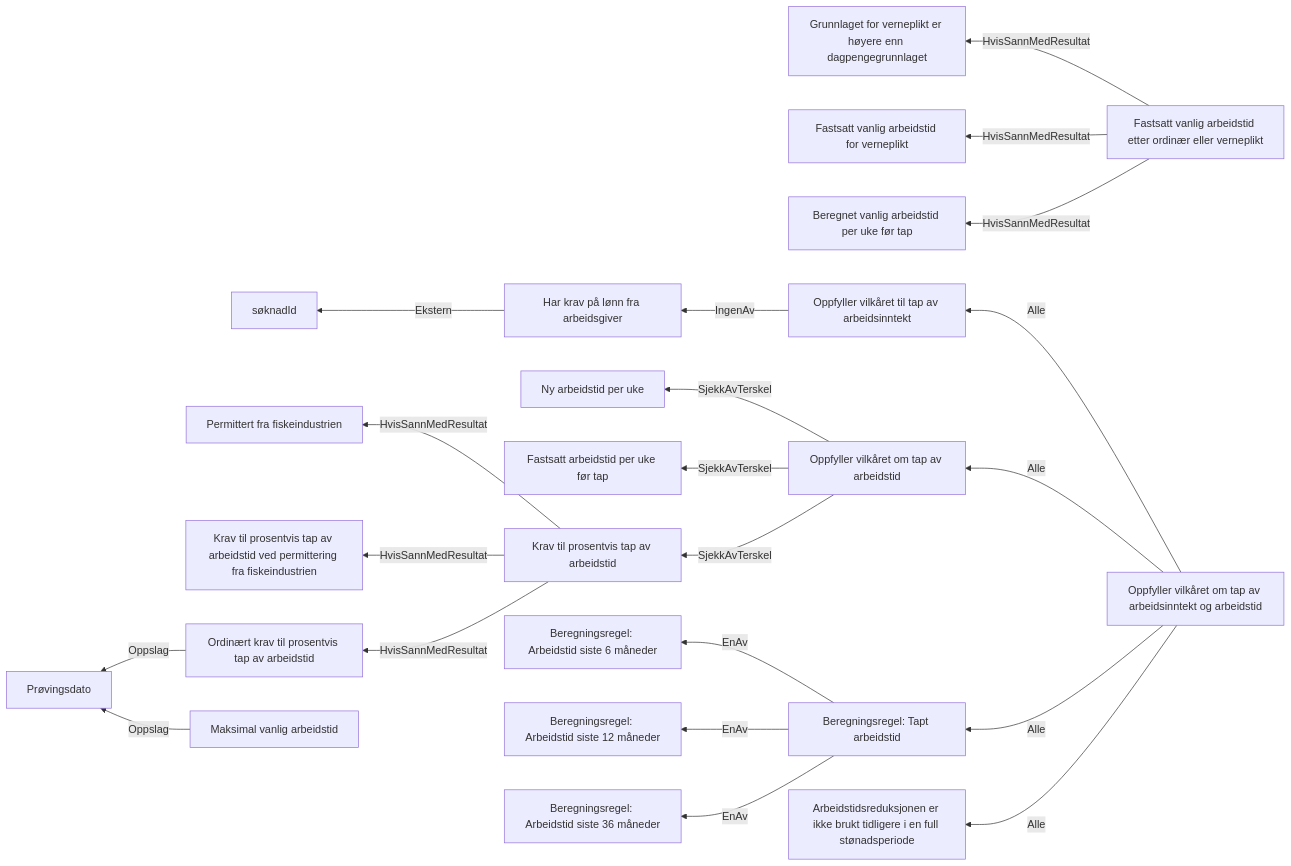
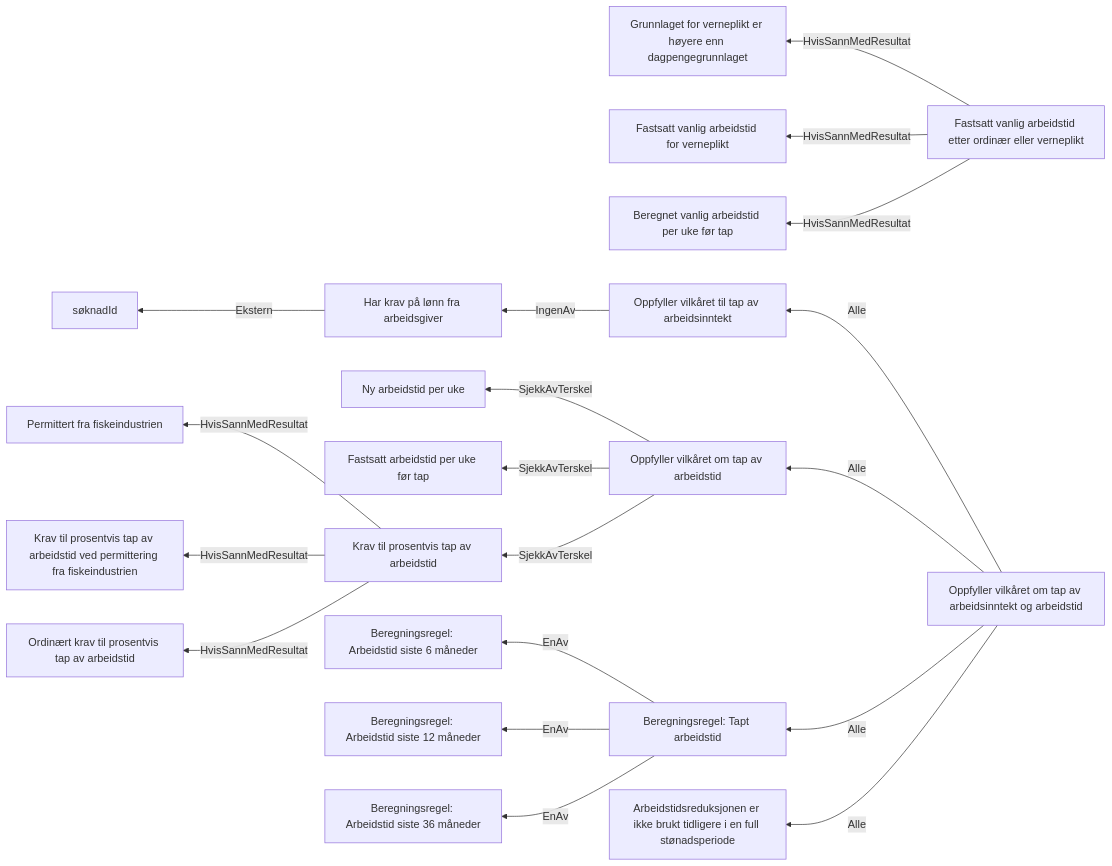
Before and after one commit to navikt/dp-behandling: the diagram in docs/regler/§ 4-3. Tap av arbeidsinntekt og arbeidstid.approved.md, drawn with Mermaid. The commit also changed 39 other files, not shown here.

````diff
--- a/docs/regler/§ 4-3. Tap av arbeidsinntekt og arbeidstid.approved.md
+++ b/docs/regler/§ 4-3. Tap av arbeidsinntekt og arbeidstid.approved.md
@@ -5,23 +5,21 @@
 ```mermaid
 graph RL
   A["Har krav på lønn fra arbeidsgiver"] -->|"Ekstern"| B["søknadId"]
   C["Oppfyller vilkåret til tap av arbeidsinntekt"] -->|"IngenAv"| A["Har krav på lønn fra arbeidsgiver"]
-  D["Ordinært krav til prosentvis tap av arbeidstid"] -->|"Oppslag"| E["Prøvingsdato"]
-  F["Krav til prosentvis tap av arbeidstid"] -->|"HvisSannMedResultat"| G["Permittert fra fiskeindustrien"]
-  F["Krav til prosentvis tap av arbeidstid"] -->|"HvisSannMedResultat"| H["Krav til prosentvis tap av arbeidstid ved permittering fra fiskeindustrien"]
-  F["Krav til prosentvis tap av arbeidstid"] -->|"HvisSannMedResultat"| D["Ordinært krav til prosentvis tap av arbeidstid"]
-  I["Fastsatt vanlig arbeidstid etter ordinær eller verneplikt"] -->|"HvisSannMedResultat"| J["Grunnlaget for verneplikt er høyere enn dagpengegrunnlaget"]
-  I["Fastsatt vanlig arbeidstid etter ordinær eller verneplikt"] -->|"HvisSannMedResultat"| K["Fastsatt vanlig arbeidstid for verneplikt"]
-  I["Fastsatt vanlig arbeidstid etter ordinær eller verneplikt"] -->|"HvisSannMedResultat"| L["Beregnet vanlig arbeidstid per uke før tap"]
-  M["Maksimal vanlig arbeidstid"] -->|"Oppslag"| E["Prøvingsdato"]
-  N["Oppfyller vilkåret om tap av arbeidstid"] -->|"SjekkAvTerskel"| O["Ny arbeidstid per uke"]
-  N["Oppfyller vilkåret om tap av arbeidstid"] -->|"SjekkAvTerskel"| P["Fastsatt arbeidstid per uke før tap"]
-  N["Oppfyller vilkåret om tap av arbeidstid"] -->|"SjekkAvTerskel"| F["Krav til prosentvis tap av arbeidstid"]
-  Q["Beregningsregel: Tapt arbeidstid"] -->|"EnAv"| R["Beregningsregel: Arbeidstid siste 6 måneder"]
-  Q["Beregningsregel: Tapt arbeidstid"] -->|"EnAv"| S["Beregningsregel: Arbeidstid siste 12 måneder"]
-  Q["Beregningsregel: Tapt arbeidstid"] -->|"EnAv"| T["Beregningsregel: Arbeidstid siste 36 måneder"]
-  U["Oppfyller vilkåret om tap av arbeidsinntekt og arbeidstid"] -->|"Alle"| C["Oppfyller vilkåret til tap av arbeidsinntekt"]
-  U["Oppfyller vilkåret om tap av arbeidsinntekt og arbeidstid"] -->|"Alle"| N["Oppfyller vilkåret om tap av arbeidstid"]
-  U["Oppfyller vilkåret om tap av arbeidsinntekt og arbeidstid"] -->|"Alle"| Q["Beregningsregel: Tapt arbeidstid"]
-  U["Oppfyller vilkåret om tap av arbeidsinntekt og arbeidstid"] -->|"Alle"| V["Arbeidstidsreduksjonen er ikke brukt tidligere i en full stønadsperiode"]
+  D["Krav til prosentvis tap av arbeidstid"] -->|"HvisSannMedResultat"| E["Permittert fra fiskeindustrien"]
+  D["Krav til prosentvis tap av arbeidstid"] -->|"HvisSannMedResultat"| F["Krav til prosentvis tap av arbeidstid ved permittering fra fiskeindustrien"]
+  D["Krav til prosentvis tap av arbeidstid"] -->|"HvisSannMedResultat"| G["Ordinært krav til prosentvis tap av arbeidstid"]
+  H["Fastsatt vanlig arbeidstid etter ordinær eller verneplikt"] -->|"HvisSannMedResultat"| I["Grunnlaget for verneplikt er høyere enn dagpengegrunnlaget"]
+  H["Fastsatt vanlig arbeidstid etter ordinær eller verneplikt"] -->|"HvisSannMedResultat"| J["Fastsatt vanlig arbeidstid for verneplikt"]
+  H["Fastsatt vanlig arbeidstid etter ordinær eller verneplikt"] -->|"HvisSannMedResultat"| K["Beregnet vanlig arbeidstid per uke før tap"]
+  L["Oppfyller vilkåret om tap av arbeidstid"] -->|"SjekkAvTerskel"| M["Ny arbeidstid per uke"]
+  L["Oppfyller vilkåret om tap av arbeidstid"] -->|"SjekkAvTerskel"| N["Fastsatt arbeidstid per uke før tap"]
+  L["Oppfyller vilkåret om tap av arbeidstid"] -->|"SjekkAvTerskel"| D["Krav til prosentvis tap av arbeidstid"]
+  O["Beregningsregel: Tapt arbeidstid"] -->|"EnAv"| P["Beregningsregel: Arbeidstid siste 6 måneder"]
+  O["Beregningsregel: Tapt arbeidstid"] -->|"EnAv"| Q["Beregningsregel: Arbeidstid siste 12 måneder"]
+  O["Beregningsregel: Tapt arbeidstid"] -->|"EnAv"| R["Beregningsregel: Arbeidstid siste 36 måneder"]
+  S["Oppfyller vilkåret om tap av arbeidsinntekt og arbeidstid"] -->|"Alle"| C["Oppfyller vilkåret til tap av arbeidsinntekt"]
+  S["Oppfyller vilkåret om tap av arbeidsinntekt og arbeidstid"] -->|"Alle"| L["Oppfyller vilkåret om tap av arbeidstid"]
+  S["Oppfyller vilkåret om tap av arbeidsinntekt og arbeidstid"] -->|"Alle"| O["Beregningsregel: Tapt arbeidstid"]
+  S["Oppfyller vilkåret om tap av arbeidsinntekt og arbeidstid"] -->|"Alle"| T["Arbeidstidsreduksjonen er ikke brukt tidligere i en full stønadsperiode"]
 ```
````
